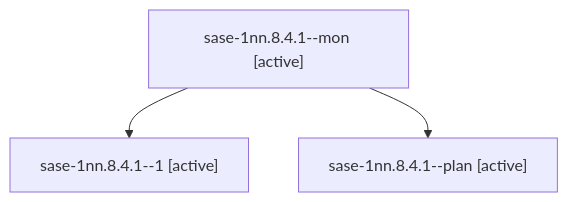
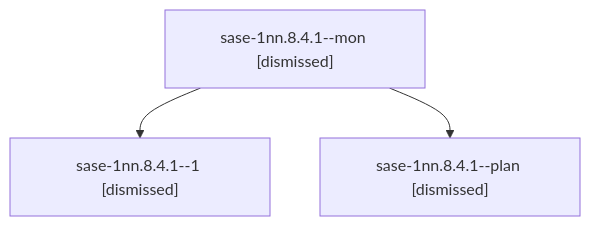
Before and after one commit to sase-org/sase--agents: the diagram in sessions/bbugyi200.athena.sase-1nn.8.4.1.md, drawn with Mermaid. The commit also changed other lines of this file and 188 other files, not shown here.

````diff
--- a/sessions/bbugyi200.athena.sase-1nn.8.4.1.md
+++ b/sessions/bbugyi200.athena.sase-1nn.8.4.1.md
@@ -9,8 +9,8 @@
 ```mermaid
 flowchart TD
-  n0["sase-1nn.8.4.1--mon [active]"]
-  n1["sase-1nn.8.4.1--1 [active]"]
+  n0["sase-1nn.8.4.1--mon [dismissed]"]
+  n1["sase-1nn.8.4.1--1 [dismissed]"]
   n0 --> n1
-  n2["sase-1nn.8.4.1--plan [active]"]
+  n2["sase-1nn.8.4.1--plan [dismissed]"]
   n0 --> n2
 ```
````
